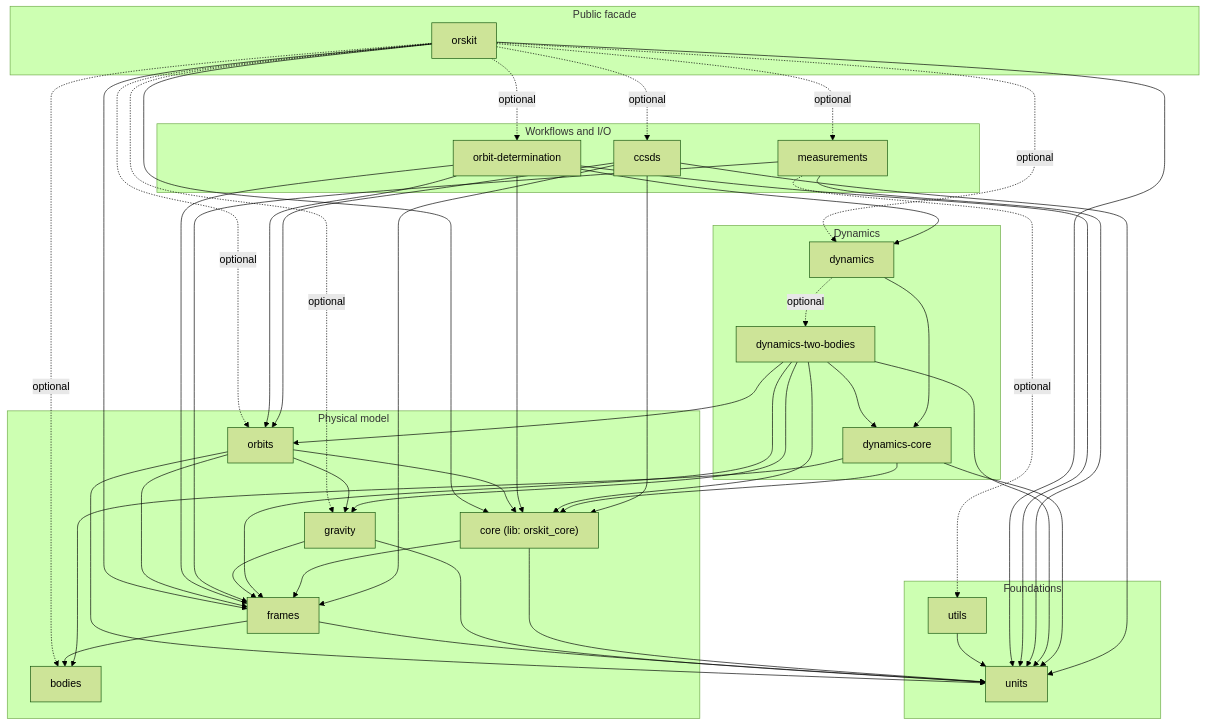
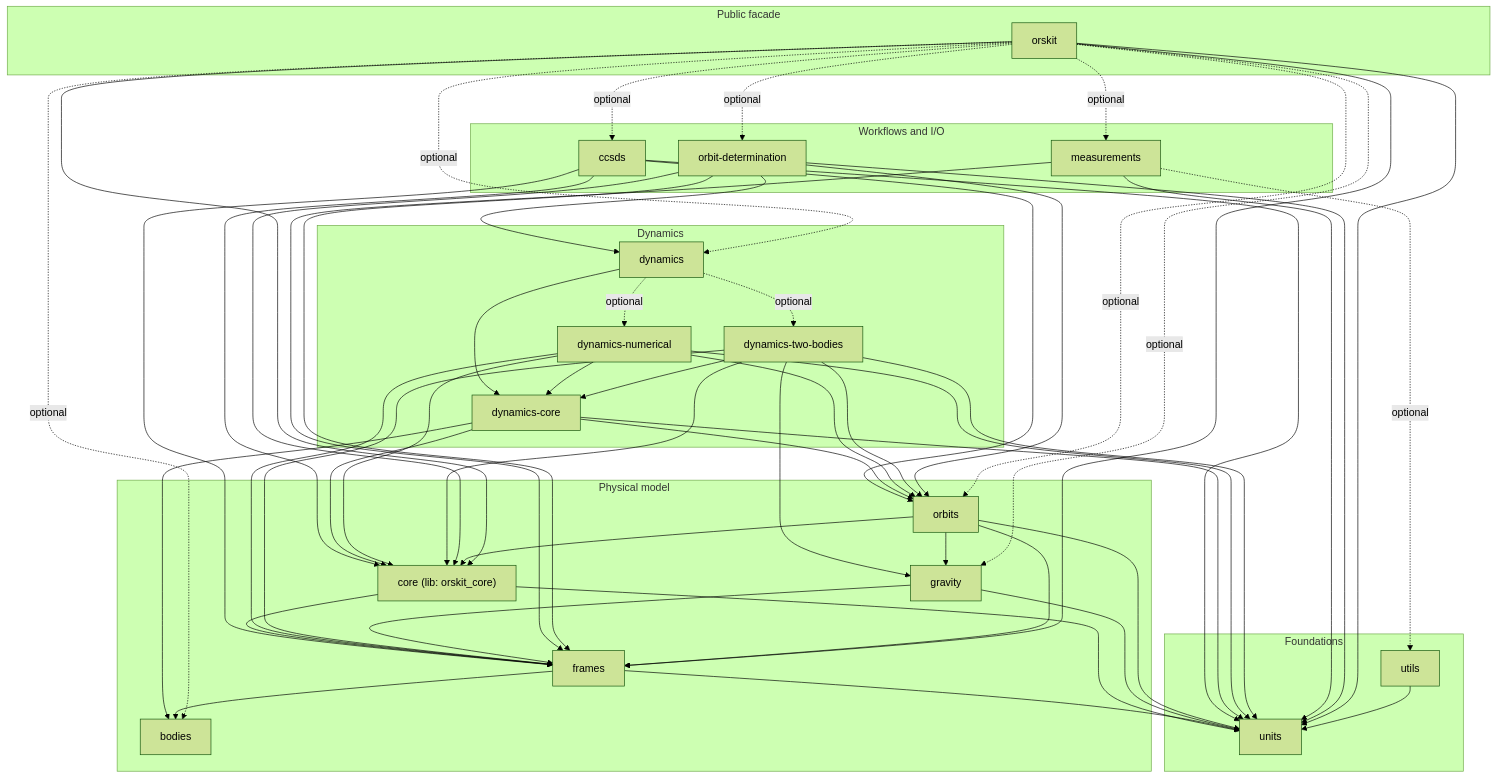
One commit to Wouittone/orskit changed the diagram in docs/architecture.md. Above: the diagram before and after it, drawn with Mermaid (forest theme). The commit also changed 18 other files, not shown here.

````diff
--- a/docs/architecture.md
+++ b/docs/architecture.md
@@ -8,71 +8,79 @@
 ```mermaid
 flowchart TB
     subgraph LAYER_PUBLIC_FACADE["Public facade"]
         ORSKIT["orskit"]
     end
     subgraph LAYER_WORKFLOWS_AND_I_O["Workflows and I/O"]
         CCSDS["ccsds"]
         ORBIT_DETERMINATION["orbit-determination"]
         MEASUREMENTS["measurements"]
     end
     subgraph LAYER_DYNAMICS["Dynamics"]
         DYNAMICS["dynamics"]
         DYNAMICS_CORE["dynamics-core"]
+        DYNAMICS_NUMERICAL["dynamics-numerical"]
         DYNAMICS_TWO_BODIES["dynamics-two-bodies"]
     end
     subgraph LAYER_PHYSICAL_MODEL["Physical model"]
         CORE["core (lib: orskit_core)"]
         ORBITS["orbits"]
         GRAVITY["gravity"]
         FRAMES["frames"]
         BODIES["bodies"]
     end
     subgraph LAYER_FOUNDATIONS["Foundations"]
         UTILS["utils"]
         UNITS["units"]
     end
     CCSDS --> CORE
     CCSDS --> FRAMES
     CCSDS --> ORBITS
     CCSDS --> UNITS
     CORE --> FRAMES
     CORE --> UNITS
     DYNAMICS --> DYNAMICS_CORE
+    DYNAMICS -.->|optional| DYNAMICS_NUMERICAL
     DYNAMICS -.->|optional| DYNAMICS_TWO_BODIES
     DYNAMICS_CORE --> BODIES
     DYNAMICS_CORE --> CORE
+    DYNAMICS_CORE --> ORBITS
     DYNAMICS_CORE --> UNITS
+    DYNAMICS_NUMERICAL --> CORE
+    DYNAMICS_NUMERICAL --> DYNAMICS_CORE
+    DYNAMICS_NUMERICAL --> FRAMES
+    DYNAMICS_NUMERICAL --> ORBITS
+    DYNAMICS_NUMERICAL --> UNITS
     DYNAMICS_TWO_BODIES --> CORE
     DYNAMICS_TWO_BODIES --> DYNAMICS_CORE
     DYNAMICS_TWO_BODIES --> FRAMES
     DYNAMICS_TWO_BODIES --> GRAVITY
     DYNAMICS_TWO_BODIES --> ORBITS
     DYNAMICS_TWO_BODIES --> UNITS
     FRAMES --> BODIES
     FRAMES --> UNITS
     GRAVITY --> FRAMES
     GRAVITY --> UNITS
     MEASUREMENTS --> FRAMES
     MEASUREMENTS --> UNITS
     MEASUREMENTS -.->|optional| UTILS
     ORBIT_DETERMINATION --> CORE
     ORBIT_DETERMINATION --> DYNAMICS
     ORBIT_DETERMINATION --> FRAMES
     ORBIT_DETERMINATION --> ORBITS
     ORBIT_DETERMINATION --> UNITS
     ORBITS --> CORE
     ORBITS --> FRAMES
     ORBITS --> GRAVITY
     ORBITS --> UNITS
     ORSKIT -.->|optional| BODIES
     ORSKIT -.->|optional| CCSDS
     ORSKIT --> CORE
     ORSKIT -.->|optional| DYNAMICS
     ORSKIT --> FRAMES
     ORSKIT -.->|optional| GRAVITY
     ORSKIT -.->|optional| MEASUREMENTS
     ORSKIT -.->|optional| ORBIT_DETERMINATION
     ORSKIT -.->|optional| ORBITS
     ORSKIT --> UNITS
     UTILS --> UNITS
 ```
````
